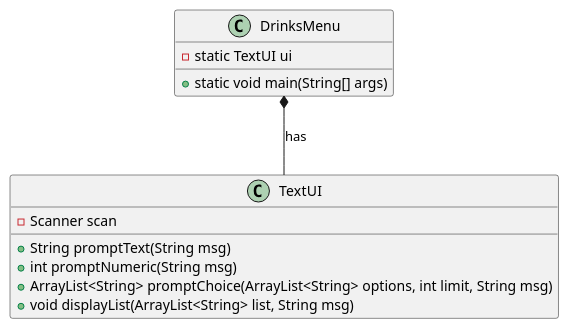
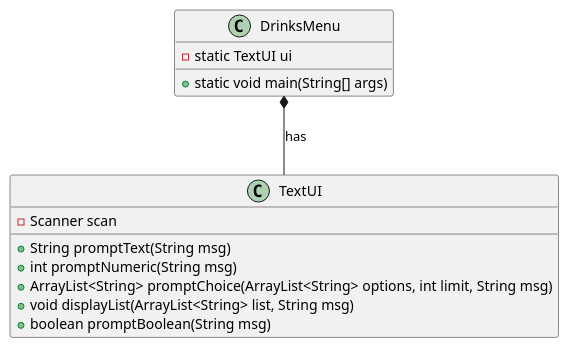
One commit to Dat1Cphbusiness/DrinksMenu changed the diagram in doc/TextUIclassdiagram.puml. Above: the diagram before and after it, drawn with PlantUML. The commit also changed 2 other files, not shown here.

```diff
--- a/doc/TextUIclassdiagram.puml
+++ b/doc/TextUIclassdiagram.puml
@@ -1,20 +1,24 @@
 @startuml
 
 class TextUI {
 - Scanner scan
 ' shows a message and returns the user's input as a String
 + String promptText(String msg)
 ' shows a message and returns the user's input as an integer
 + int promptNumeric(String msg)
 ' shows the options, promts for choices until limit is reached, and returns the user's choices as a list of Strings
 + ArrayList<String> promptChoice(ArrayList<String> options, int limit, String msg)
 ' shows a message and lists the content of a list
 + void displayList(ArrayList<String> list, String msg)
++ boolean promptBoolean(String msg)
+
 }
 
 class DrinksMenu {
 - static TextUI ui
 + static void main(String[] args)
 }
+
 DrinksMenu *-- TextUI: has
+
 @enduml
```
